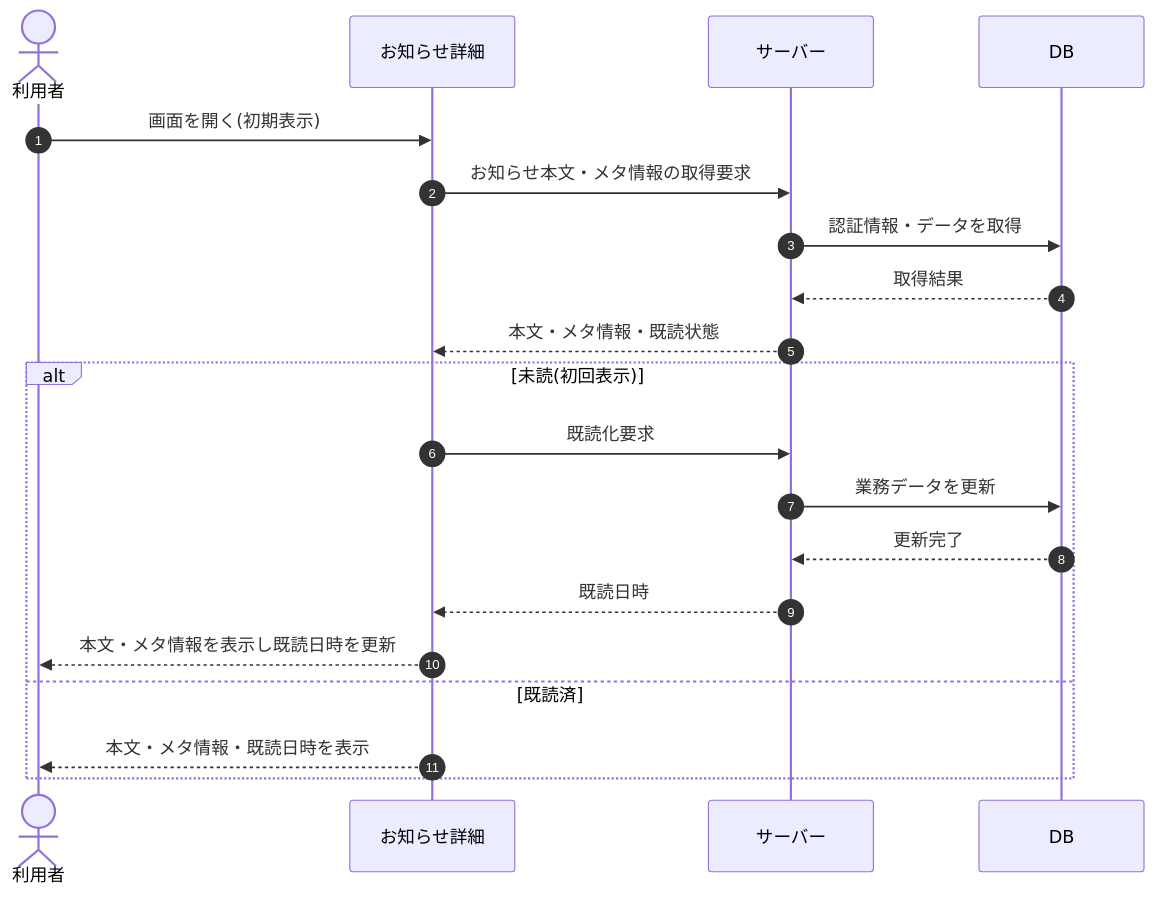
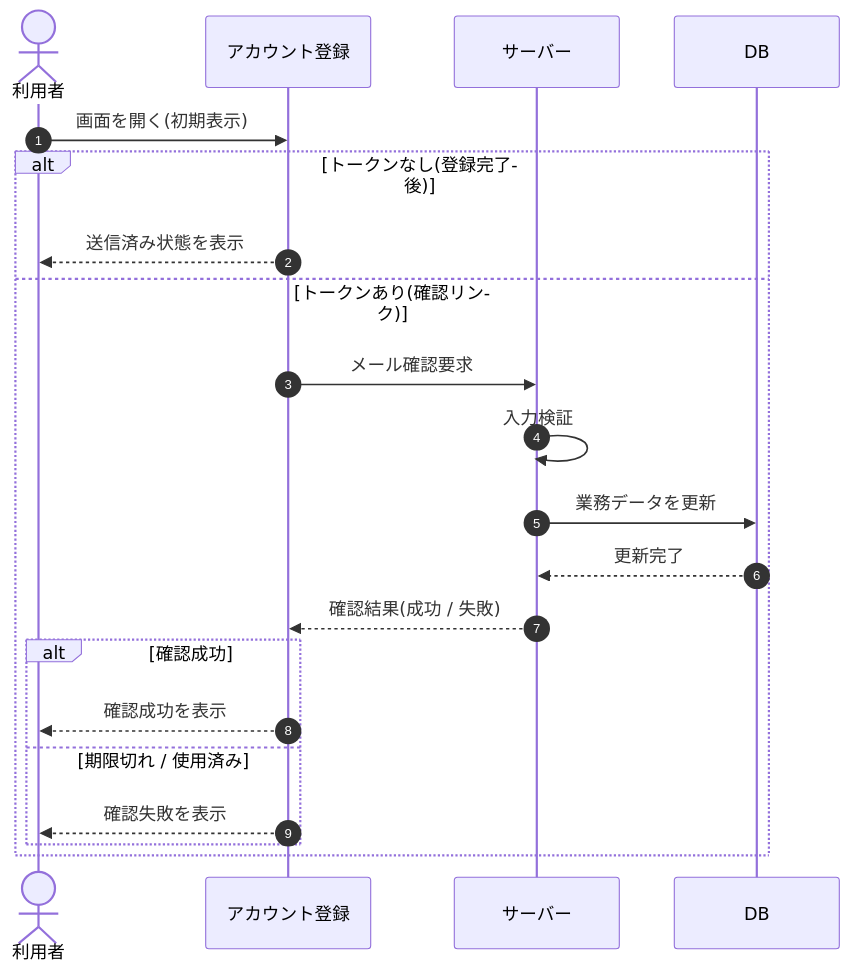
The diagram in 02_basic_design/03_sequences/SEQ-063.md (sikakou54/open-faq), drawn with Mermaid before and after one commit. The commit also changed other lines of this file and 395 other files, not shown here.

````diff
--- a/02_basic_design/03_sequences/SEQ-063.md
+++ b/02_basic_design/03_sequences/SEQ-063.md
@@ -25,22 +25,23 @@
 ```mermaid
 sequenceDiagram
   autonumber
   actor U as 利用者
-  participant Screen as お知らせ詳細
+  participant Screen as アカウント登録
   participant Server as サーバー
   participant DB as DB
   U->>Screen: 画面を開く(初期表示)
-  Screen->>Server: お知らせ本文・メタ情報の取得要求
-  Server->>DB: 認証情報・データを取得
-  DB-->>Server: 取得結果
-  Server-->>Screen: 本文・メタ情報・既読状態
-  alt 未読(初回表示)
-    Screen->>Server: 既読化要求
+  alt トークンなし(登録完了後)
+    Screen-->>U: 送信済み状態を表示
+  else トークンあり(確認リンク)
+    Screen->>Server: メール確認要求
+    Server->>Server: 入力検証
     Server->>DB: 業務データを更新
     DB-->>Server: 更新完了
-    Server-->>Screen: 既読日時
-    Screen-->>U: 本文・メタ情報を表示し既読日時を更新
-  else 既読済
-    Screen-->>U: 本文・メタ情報・既読日時を表示
+    Server-->>Screen: 確認結果(成功 / 失敗)
+    alt 確認成功
+      Screen-->>U: 確認成功を表示
+    else 期限切れ / 使用済み
+      Screen-->>U: 確認失敗を表示
+    end
   end
 ```
````
